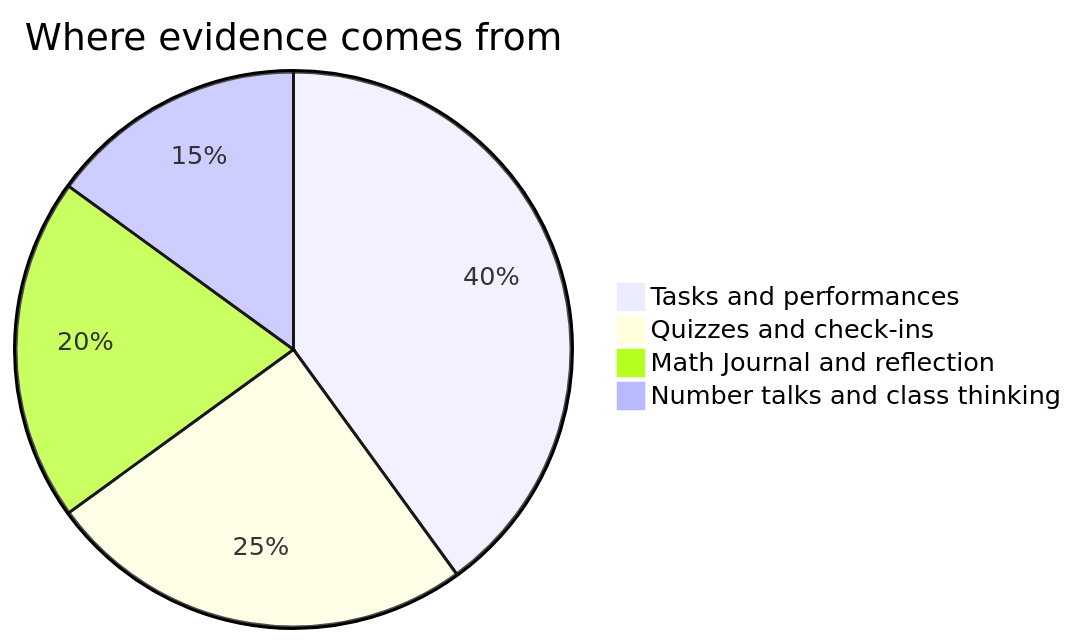
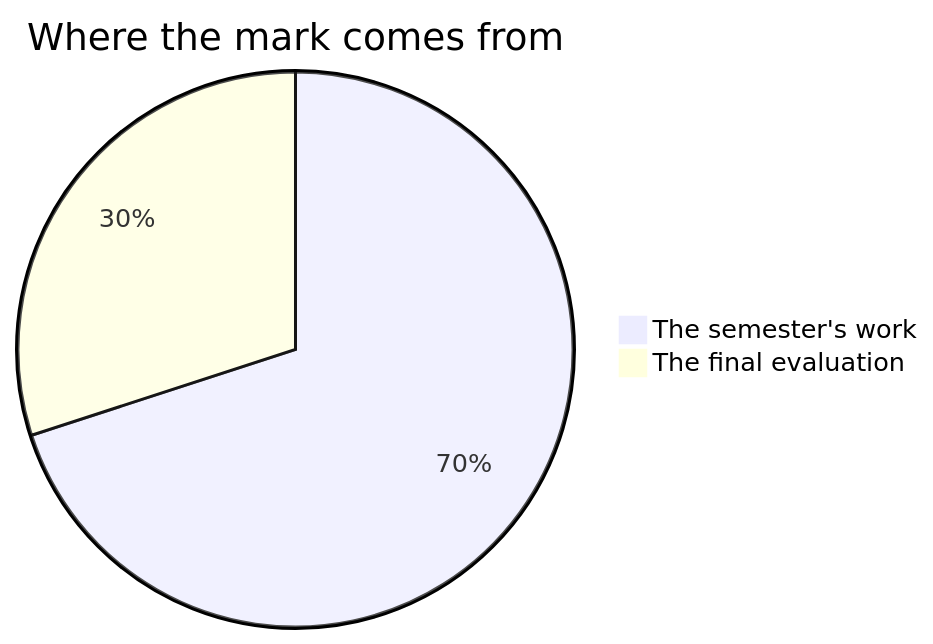
Before and after one commit to russellgordon/containerized-quartz-for-teachers: the diagram in support/example_content/MTH1W/shared/Setup/How Marks Work.md, drawn with Mermaid. The commit also changed other lines of this file and 71 other files, not shown here.

````diff
--- a/support/example_content/MTH1W/shared/Setup/How Marks Work.md
+++ b/support/example_content/MTH1W/shared/Setup/How Marks Work.md
@@ -15,7 +22,5 @@
 ```mermaid
-pie title Where evidence comes from
-    "Tasks and performances" : 40
-    "Quizzes and check-ins" : 25
-    "Math Journal and reflection" : 20
-    "Number talks and class thinking" : 15
+pie title Where the mark comes from
+    "The semester's work" : 70
+    "The final evaluation" : 30
 ```
````
